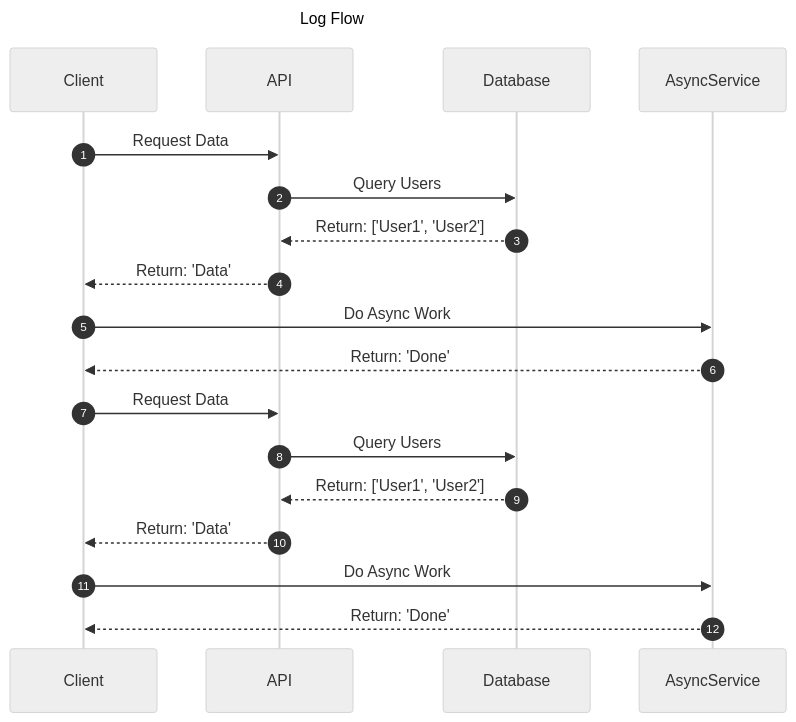
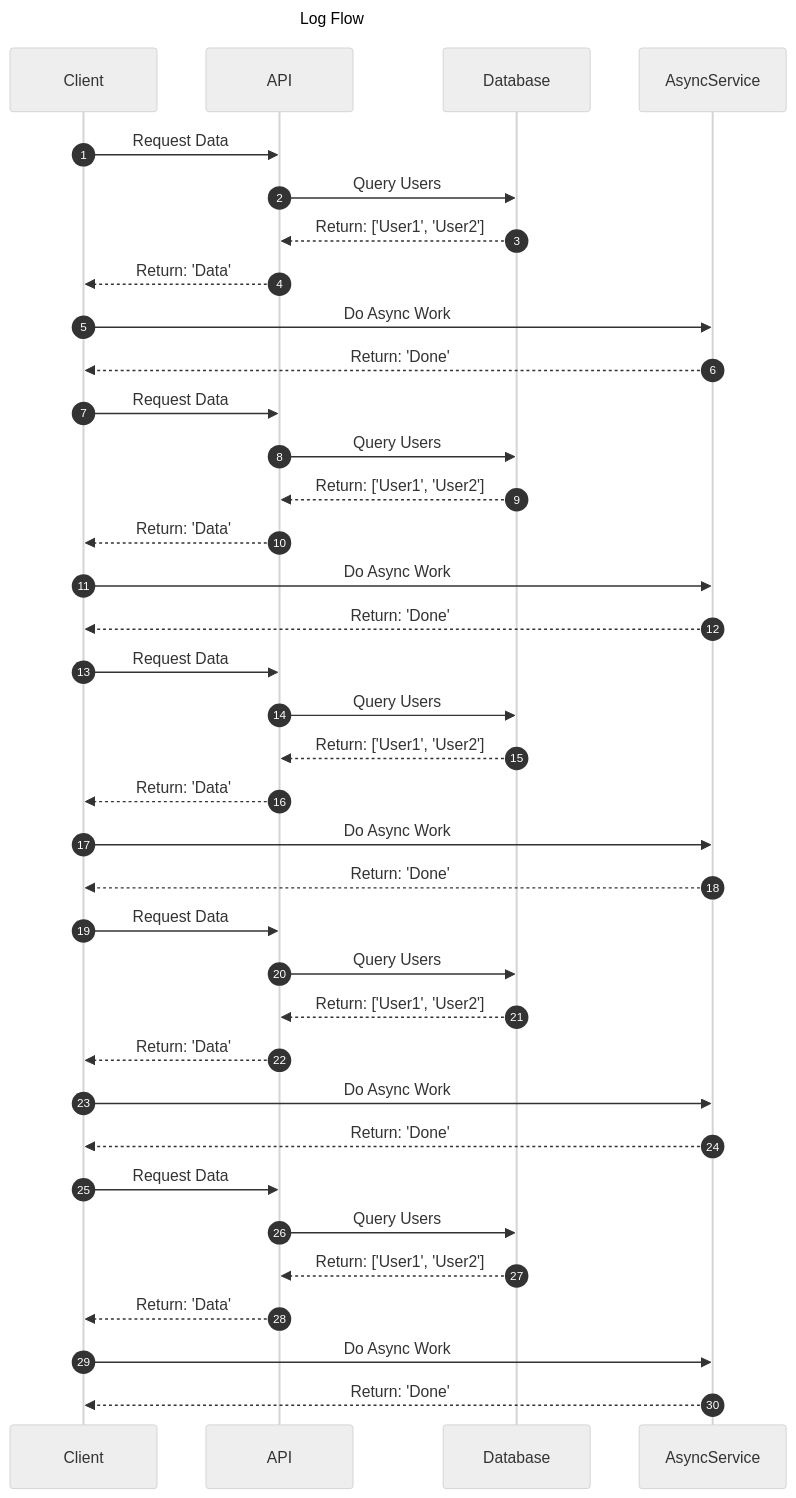
Before and after one commit to xt765/mermaid-trace: the diagram in flow.mmd, drawn with Mermaid (neutral theme). The commit also changed 27 other files, not shown here.

```diff
--- a/flow.mmd
+++ b/flow.mmd
@@ -1,15 +1,33 @@
 sequenceDiagram
     title Log Flow
     autonumber
     Client->>API: Request Data
     API->>Database: Query Users
     Database-->>API: Return: ['User1', 'User2']
     API-->>Client: Return: 'Data'
     Client->>AsyncService: Do Async Work
     AsyncService-->>Client: Return: 'Done'
 Client->>API: Request Data
 API->>Database: Query Users
 Database-->>API: Return: ['User1', 'User2']
 API-->>Client: Return: 'Data'
 Client->>AsyncService: Do Async Work
 AsyncService-->>Client: Return: 'Done'
+Client->>API: Request Data
+API->>Database: Query Users
+Database-->>API: Return: ['User1', 'User2']
+API-->>Client: Return: 'Data'
+Client->>AsyncService: Do Async Work
+AsyncService-->>Client: Return: 'Done'
+Client->>API: Request Data
+API->>Database: Query Users
+Database-->>API: Return: ['User1', 'User2']
+API-->>Client: Return: 'Data'
+Client->>AsyncService: Do Async Work
+AsyncService-->>Client: Return: 'Done'
+Client->>API: Request Data
+API->>Database: Query Users
+Database-->>API: Return: ['User1', 'User2']
+API-->>Client: Return: 'Data'
+Client->>AsyncService: Do Async Work
+AsyncService-->>Client: Return: 'Done'
```
